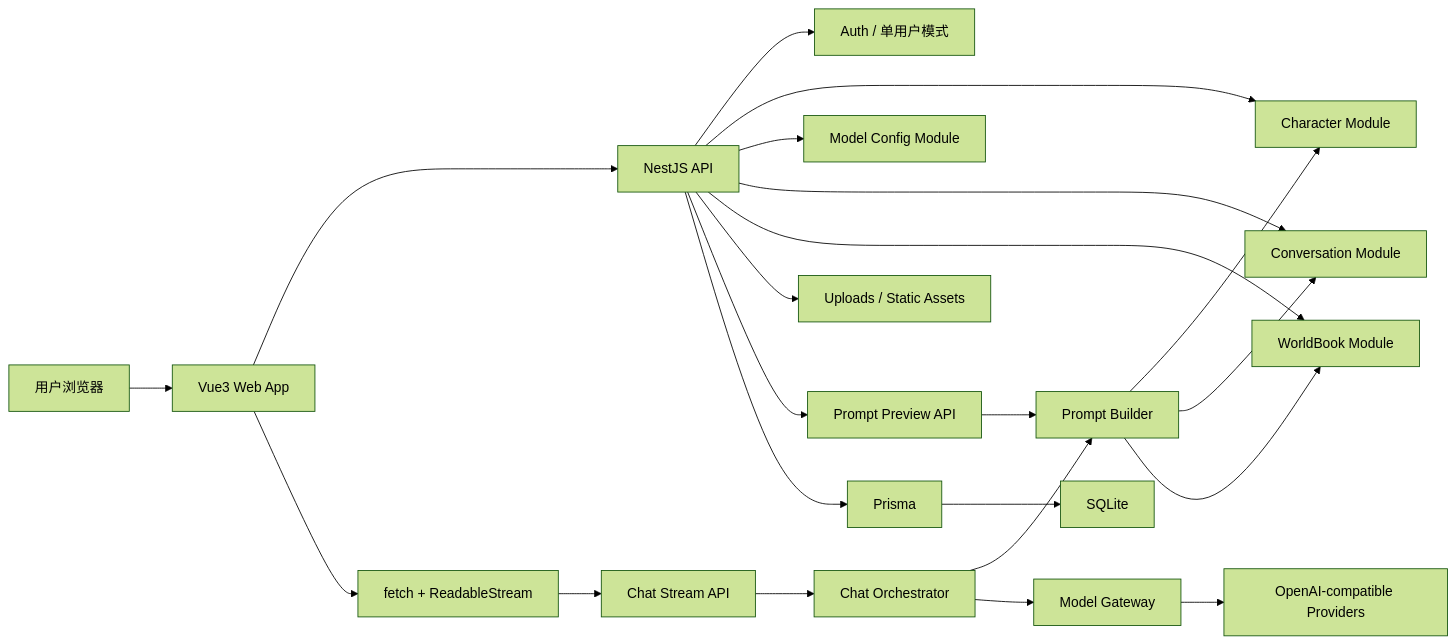
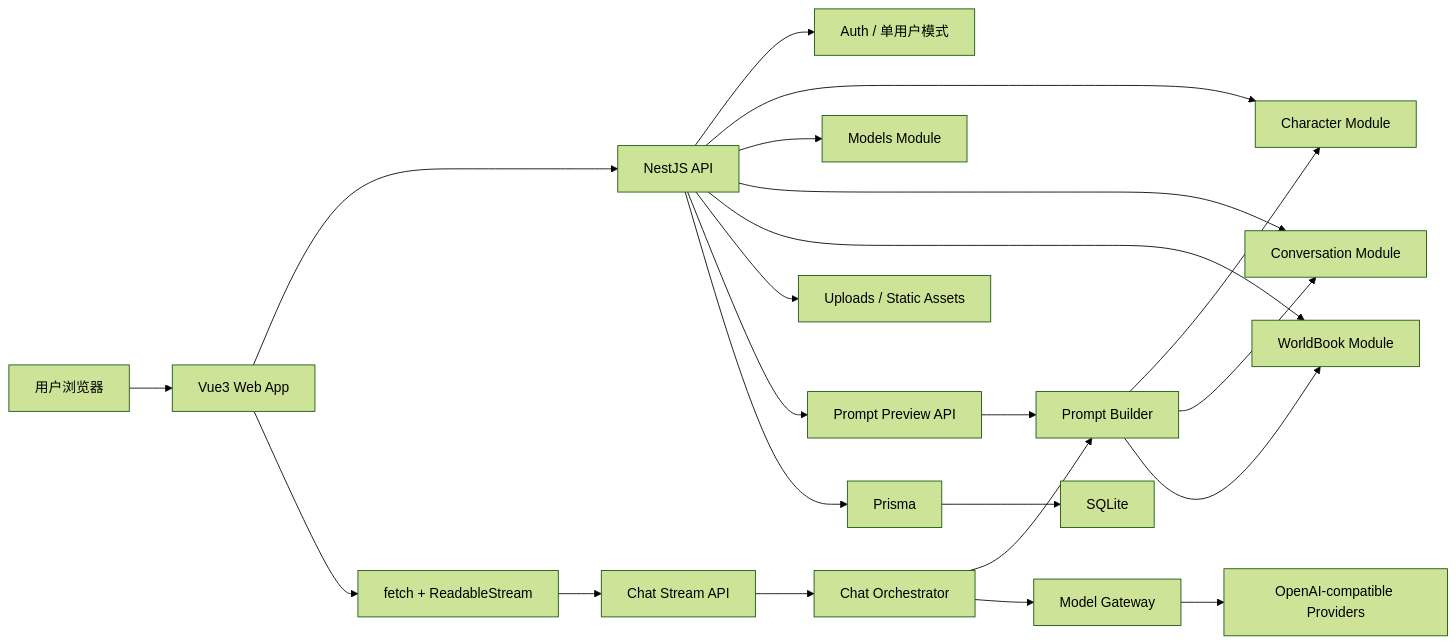
The diagram in docs/architecture.md (x-bi/tavern), drawn with Mermaid (forest theme) before and after one commit. The commit also changed other lines of this file and 47 other files, not shown here.

````diff
--- a/docs/architecture.md
+++ b/docs/architecture.md
@@ -19,24 +19,24 @@
 ```mermaid
 flowchart LR
   User["用户浏览器"] --> Web["Vue3 Web App"]
   Web --> Api["NestJS API"]
   Web --> Stream["fetch + ReadableStream"]
   Stream --> Chat["Chat Stream API"]
   Api --> Auth["Auth / 单用户模式"]
   Api --> Character["Character Module"]
-  Api --> ModelConfig["Model Config Module"]
+  Api --> Models["Models Module"]
   Api --> Conversation["Conversation Module"]
   Api --> WorldBook["WorldBook Module"]
   Api --> Uploads["Uploads / Static Assets"]
   Api --> PromptPreview["Prompt Preview API"]
   Chat --> Orchestrator["Chat Orchestrator"]
   Orchestrator --> PromptBuilder["Prompt Builder"]
   Orchestrator --> ModelGateway["Model Gateway"]
   PromptPreview --> PromptBuilder
   PromptBuilder --> Character
   PromptBuilder --> Conversation
   PromptBuilder --> WorldBook
   ModelGateway --> Providers["OpenAI-compatible Providers"]
   Api --> Prisma["Prisma"]
   Prisma --> SQLite["SQLite"]
 ```
````
